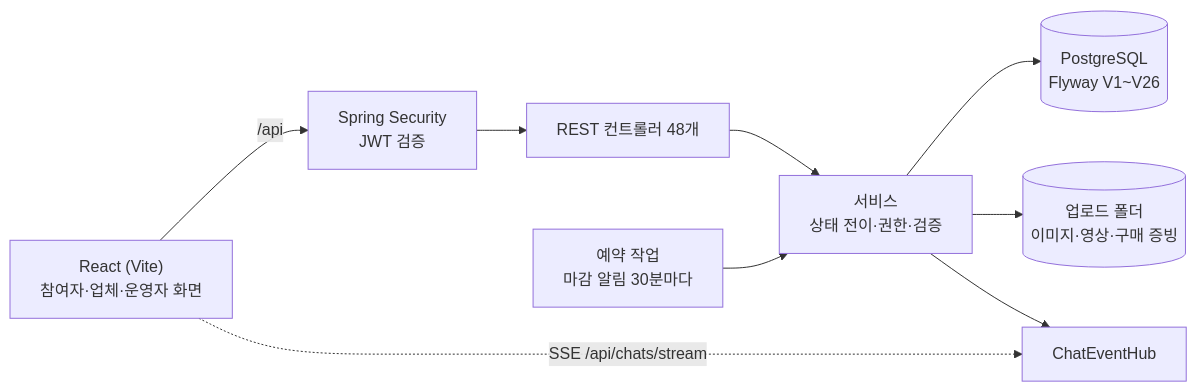
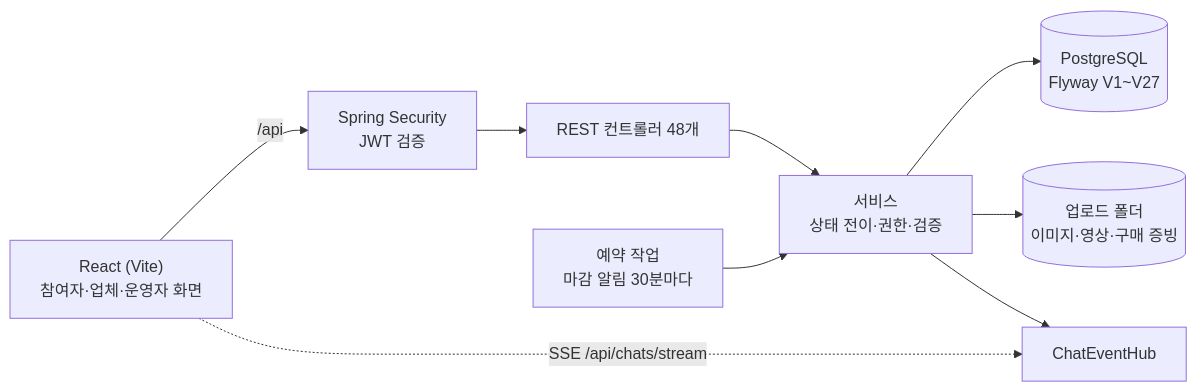
Before and after one commit to yoo-jin-k/movrit-backend: the first of 2 diagrams in README.md, drawn with Mermaid. The commit also changed other lines of this file and 7 other files, not shown here.

````diff
--- a/README.md
+++ b/README.md
@@ -98,10 +98,10 @@
 ```mermaid
 flowchart LR
   FE["React (Vite)<br/>참여자·업체·운영자 화면"] -- "/api" --> SEC["Spring Security<br/>JWT 검증"]
   FE -. "SSE /api/chats/stream" .-> CHAT["ChatEventHub"]
   SEC --> API["REST 컨트롤러 48개"] --> SVC["서비스<br/>상태 전이·권한·검증"]
-  SVC --> DB[("PostgreSQL<br/>Flyway V1~V26")]
+  SVC --> DB[("PostgreSQL<br/>Flyway V1~V27")]
   SVC --> FS[("업로드 폴더<br/>이미지·영상·구매 증빙")]
   SVC --> CHAT
   JOB["예약 작업<br/>마감 알림 30분마다"] --> SVC
 ```
````
